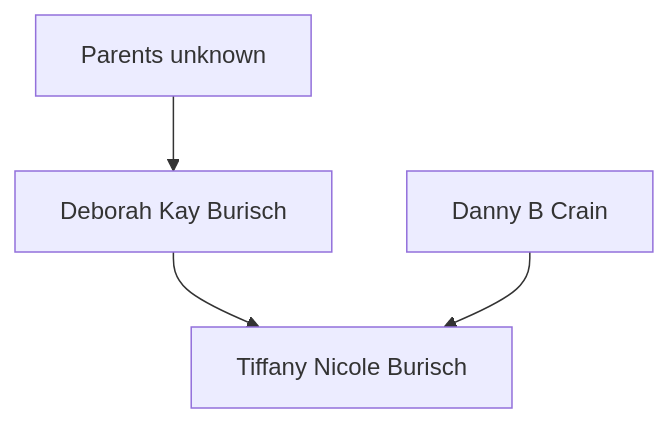
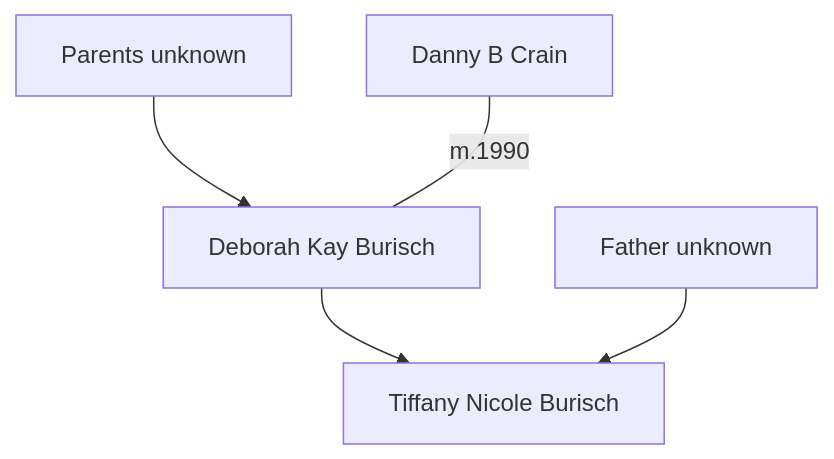
Before and after one commit to Black-Star-Institute/blackstar.github.io: the diagram in docs/people/burisch_deborah.md, drawn with Mermaid.

````diff
--- a/docs/people/burisch_deborah.md
+++ b/docs/people/burisch_deborah.md
@@ -25,6 +25,7 @@
 ```mermaid
 graph TD;
   anon[Parents unknown] --> deborah
   deborah[Deborah Kay Burisch] --> tiffany[Tiffany Nicole Burisch]
-  dan[Danny B Crain] --> tiffany
+  anon2[Father unknown] --> tiffany
+  dan[Danny B Crain] -- m.1990 --- deborah
 ```
````
